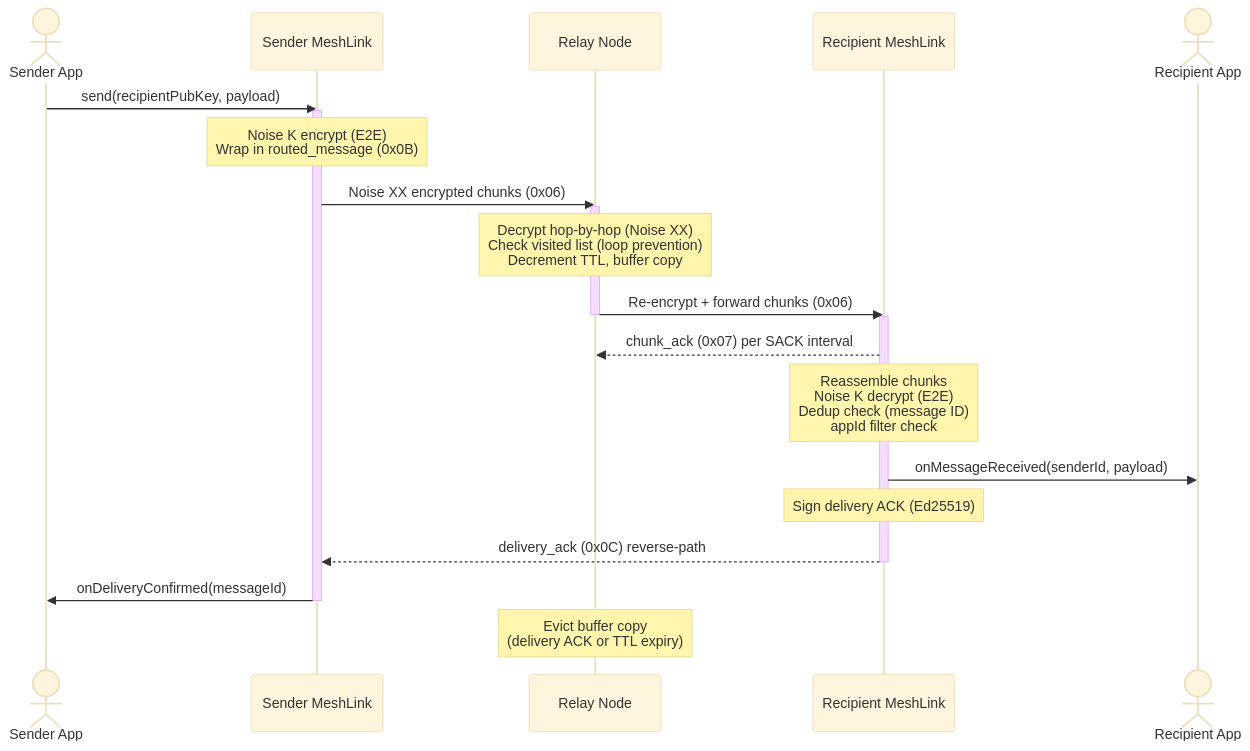
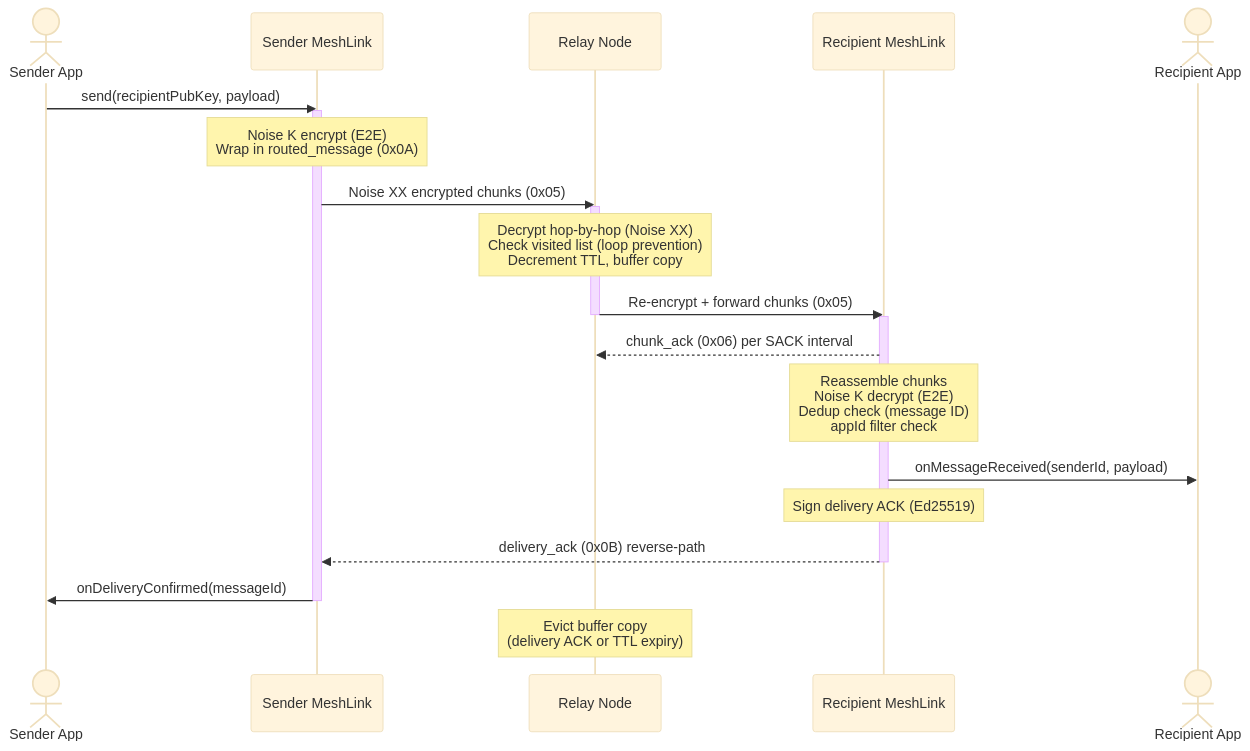
One commit to trancee/MeshLink changed the seventh of 14 diagrams in docs/diagrams.md. Above: the diagram before and after it, drawn with Mermaid (base theme). The commit also changed other lines of this file and 27 other files, not shown here.

````diff
--- a/docs/diagrams.md
+++ b/docs/diagrams.md
@@ -226,38 +225,38 @@
 ```mermaid
 sequenceDiagram
     actor Sender as Sender App
     participant SLib as Sender MeshLink
     participant Relay as Relay Node
     participant RLib as Recipient MeshLink
     actor Recipient as Recipient App
 
     Sender->>SLib: send(recipientPubKey, payload)
     activate SLib
 
-    Note over SLib: Noise K encrypt (E2E)<br/>Wrap in routed_message (0x0B)
+    Note over SLib: Noise K encrypt (E2E)<br/>Wrap in routed_message (0x0A)
 
-    SLib->>Relay: Noise XX encrypted chunks (0x06)
+    SLib->>Relay: Noise XX encrypted chunks (0x05)
     activate Relay
 
     Note over Relay: Decrypt hop-by-hop (Noise XX)<br/>Check visited list (loop prevention)<br/>Decrement TTL, buffer copy
 
-    Relay->>RLib: Re-encrypt + forward chunks (0x06)
+    Relay->>RLib: Re-encrypt + forward chunks (0x05)
     deactivate Relay
     activate RLib
 
-    RLib-->>Relay: chunk_ack (0x07) per SACK interval
+    RLib-->>Relay: chunk_ack (0x06) per SACK interval
 
     Note over RLib: Reassemble chunks<br/>Noise K decrypt (E2E)<br/>Dedup check (message ID)<br/>appId filter check
 
     RLib->>Recipient: onMessageReceived(senderId, payload)
 
     Note over RLib: Sign delivery ACK (Ed25519)
 
-    RLib-->>SLib: delivery_ack (0x0C) reverse-path
+    RLib-->>SLib: delivery_ack (0x0B) reverse-path
     deactivate RLib
 
     SLib->>Sender: onDeliveryConfirmed(messageId)
     deactivate SLib
 
     Note over Relay: Evict buffer copy<br/>(delivery ACK or TTL expiry)
 ```
````
